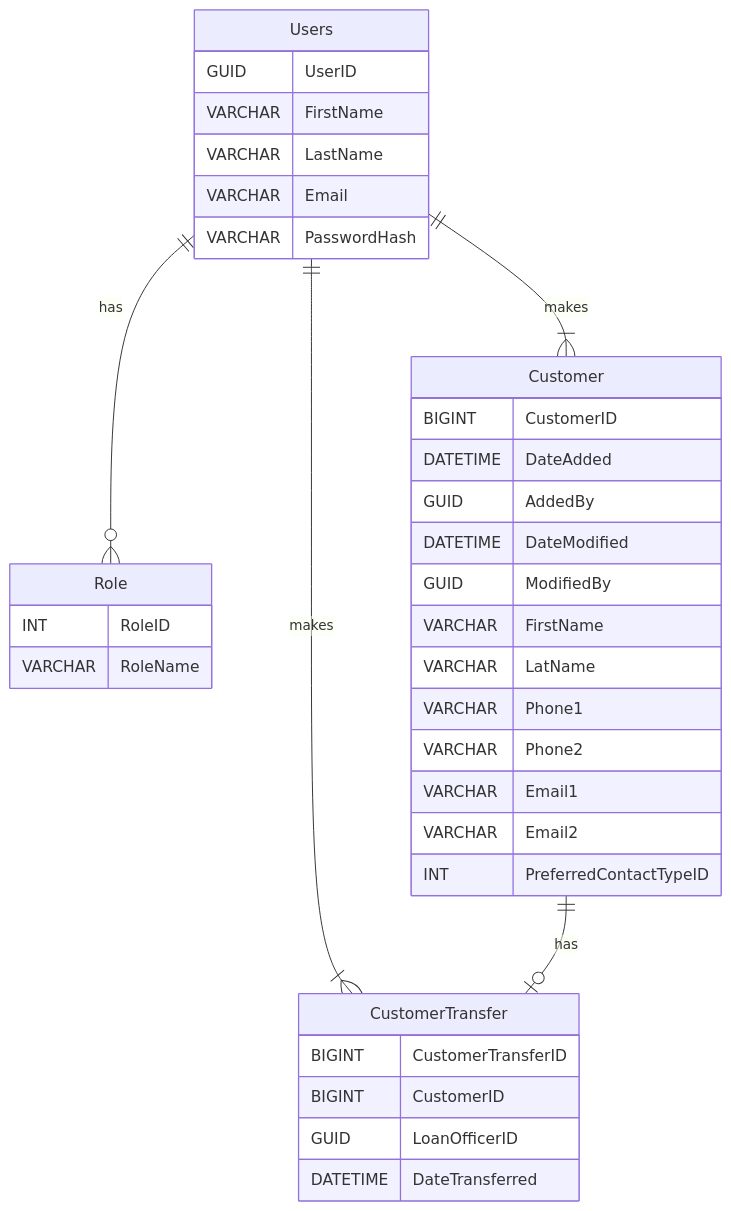
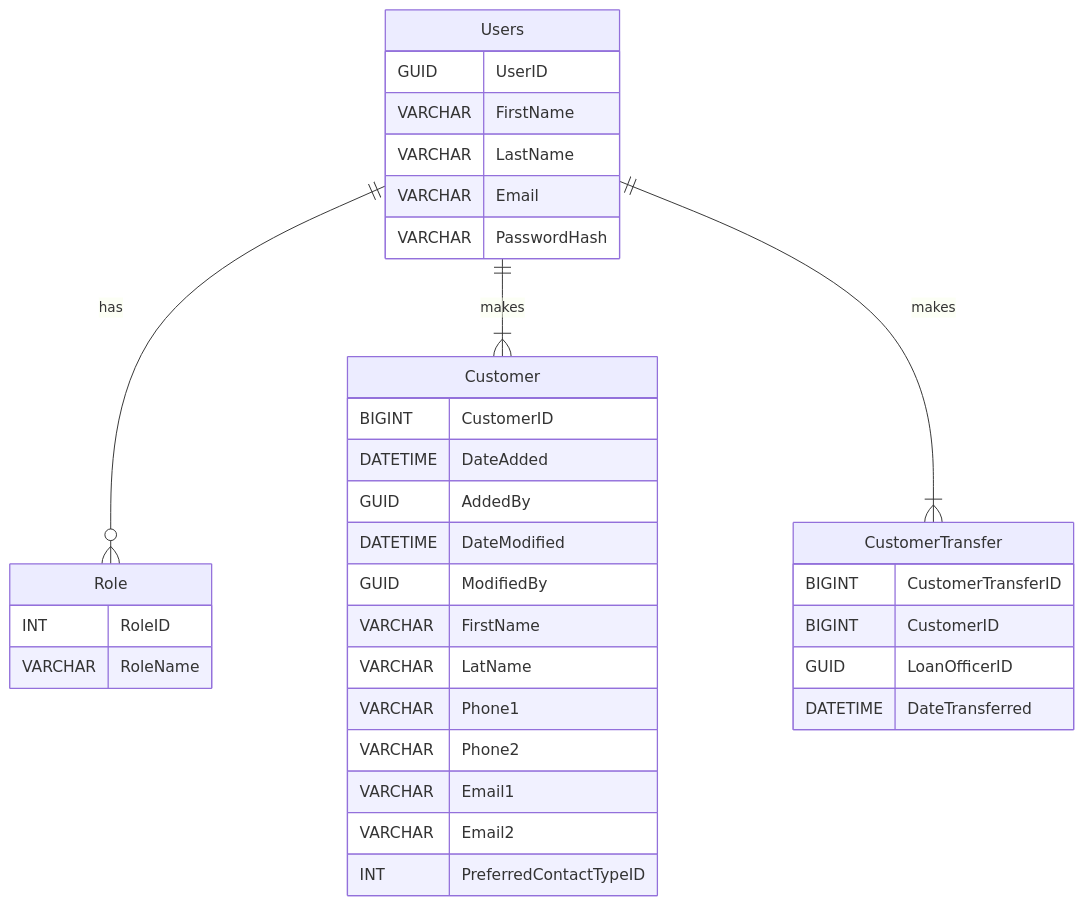
Before and after one commit to tucker87/fcma-scenario: the diagram in README.md, drawn with Mermaid.

Commit message:
Break connection from Users to CustomerTransfer

````diff
--- a/README.md
+++ b/README.md
@@ -78,40 +78,39 @@
 ```mermaid
 erDiagram
 Users ||--o{ Role : has
 Users ||--|{ Customer : makes
 Users ||--|{ CustomerTransfer : makes
 Users {
     GUID UserID
     VARCHAR FirstName
     VARCHAR LastName
     VARCHAR Email
     VARCHAR PasswordHash
 }
 
 Role {
     INT RoleID
     VARCHAR RoleName
 }
 
-Customer ||--o| CustomerTransfer : has
 Customer {
     BIGINT CustomerID
     DATETIME DateAdded
     GUID AddedBy
     DATETIME DateModified
     GUID ModifiedBy
     VARCHAR FirstName
     VARCHAR LatName
     VARCHAR Phone1
     VARCHAR Phone2
     VARCHAR Email1
     VARCHAR Email2
     INT PreferredContactTypeID
 }
 CustomerTransfer {
     BIGINT CustomerTransferID
     BIGINT CustomerID
     GUID LoanOfficerID
     DATETIME DateTransferred
 }
 ```
````
